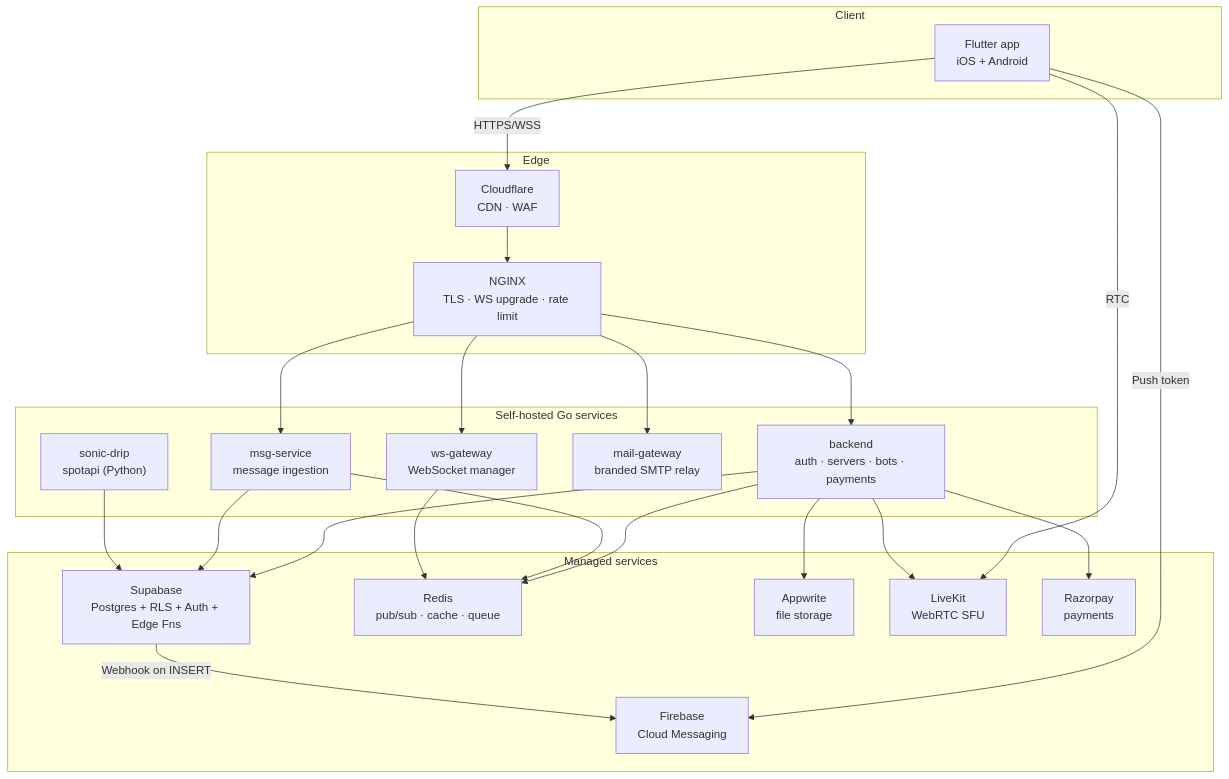
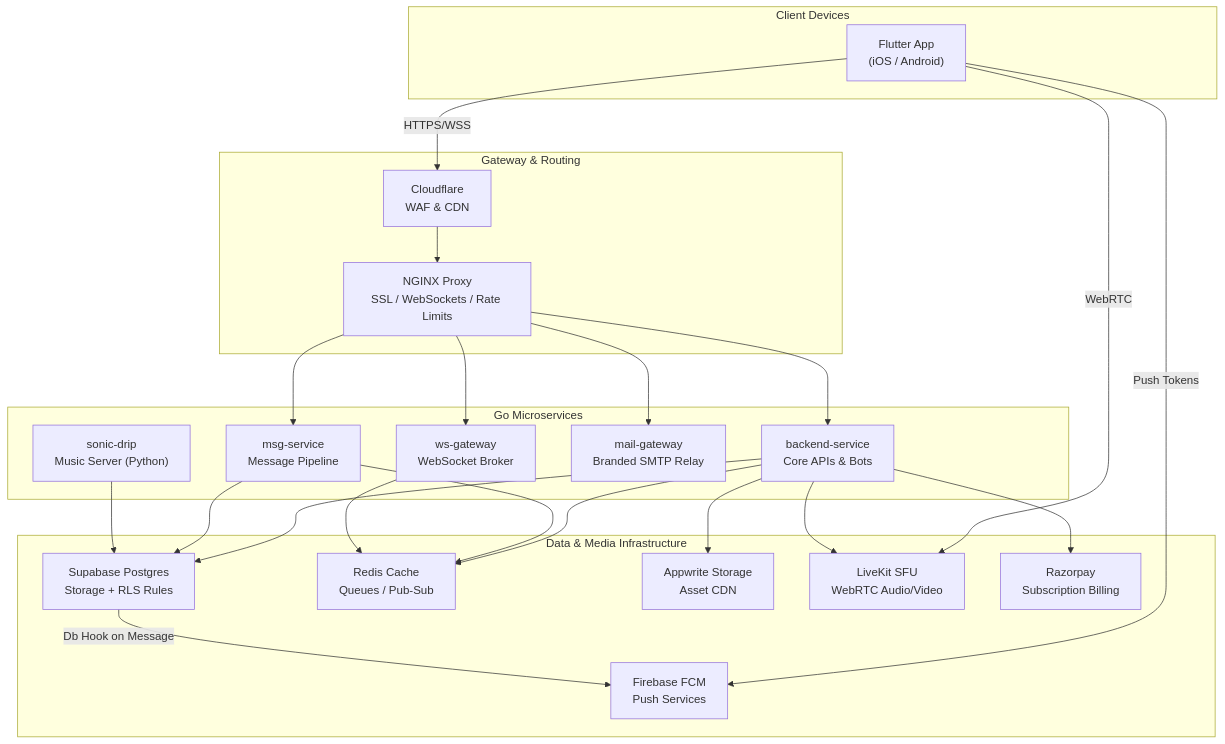
Before and after one commit to Santosh-Prasad-Verma/Flicko: the diagram in README.md, drawn with Mermaid. The commit also changed other lines of this file, not shown here.

````diff
--- a/README.md
+++ b/README.md
@@ -77,38 +76,38 @@
 ```mermaid
 graph TB
-    subgraph Client["Client"]
-        APP["Flutter app<br/>iOS + Android"]
+    subgraph Client["Client Devices"]
+        APP["Flutter App<br/>(iOS / Android)"]
     end
 
-    subgraph Edge["Edge"]
-        CF["Cloudflare<br/>CDN · WAF"]
-        NGX["NGINX<br/>TLS · WS upgrade · rate limit"]
+    subgraph Edge["Gateway & Routing"]
+        CF["Cloudflare<br/>WAF & CDN"]
+        NGX["NGINX Proxy<br/>SSL / WebSockets / Rate Limits"]
     end
 
-    subgraph Backend["Self-hosted Go services"]
-        BE["backend<br/>auth · servers · bots · payments"]
-        WS["ws-gateway<br/>WebSocket manager"]
-        MSG["msg-service<br/>message ingestion"]
-        MAIL["mail-gateway<br/>branded SMTP relay"]
-        SD["sonic-drip<br/>spotapi (Python)"]
+    subgraph Backend["Go Microservices"]
+        BE["backend-service<br/>Core APIs & Bots"]
+        WS["ws-gateway<br/>WebSocket Broker"]
+        MSG["msg-service<br/>Message Pipeline"]
+        MAIL["mail-gateway<br/>Branded SMTP Relay"]
+        SD["sonic-drip<br/>Music Server (Python)"]
     end
 
-    subgraph Cloud["Managed services"]
-        DB["Supabase<br/>Postgres + RLS + Auth + Edge Fns"]
-        REDIS["Redis<br/>pub/sub · cache · queue"]
-        AW["Appwrite<br/>file storage"]
-        LK["LiveKit<br/>WebRTC SFU"]
-        FCM["Firebase<br/>Cloud Messaging"]
-        RP["Razorpay<br/>payments"]
+    subgraph Cloud["Data & Media Infrastructure"]
+        DB["Supabase Postgres<br/>Storage + RLS Rules"]
+        REDIS["Redis Cache<br/>Queues / Pub-Sub"]
+        AW["Appwrite Storage<br/>Asset CDN"]
+        LK["LiveKit SFU<br/>WebRTC Audio/Video"]
+        FCM["Firebase FCM<br/>Push Services"]
+        RP["Razorpay<br/>Subscription Billing"]
     end
 
     APP -->|HTTPS/WSS| CF --> NGX
-    APP -->|RTC| LK
-    APP -->|Push token| FCM
+    APP -->|WebRTC| LK
+    APP -->|Push Tokens| FCM
     NGX --> BE & WS & MSG & MAIL
     BE & MSG --> DB & REDIS
     WS --> REDIS
     BE --> AW & LK & RP
     SD --> DB
-    DB -->|Webhook on INSERT| FCM
+    DB -->|Db Hook on Message| FCM
 ```
````
